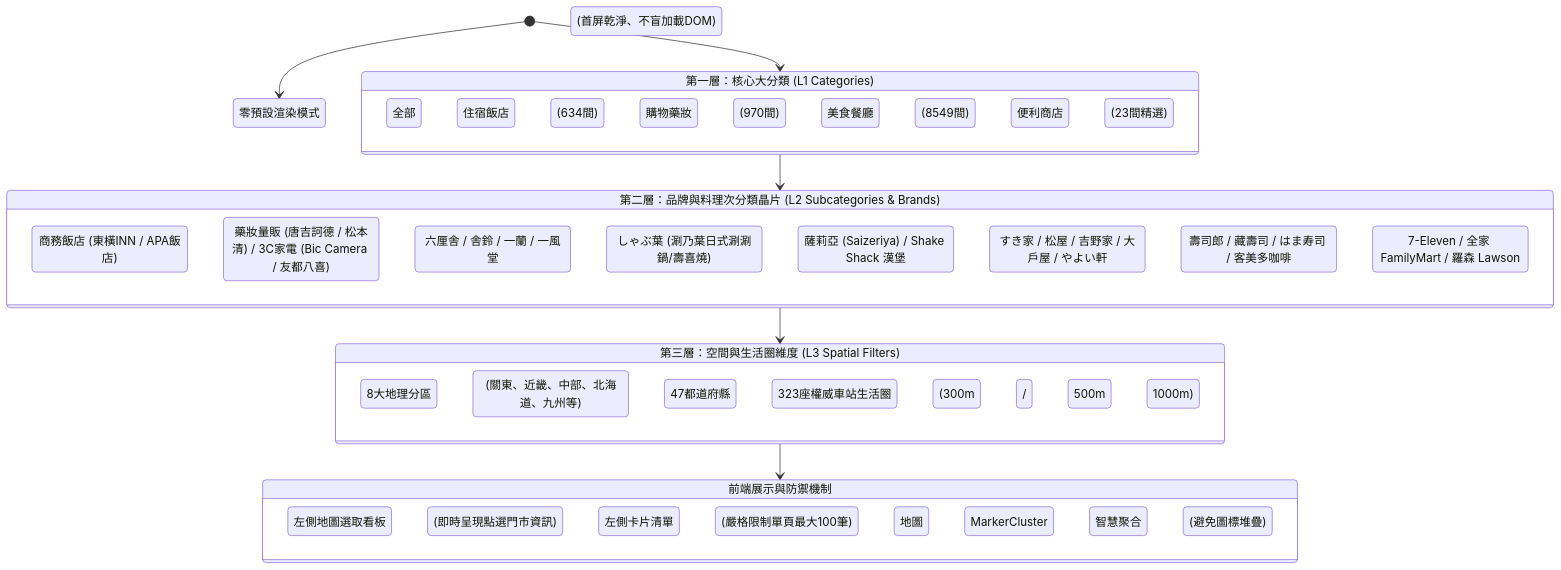
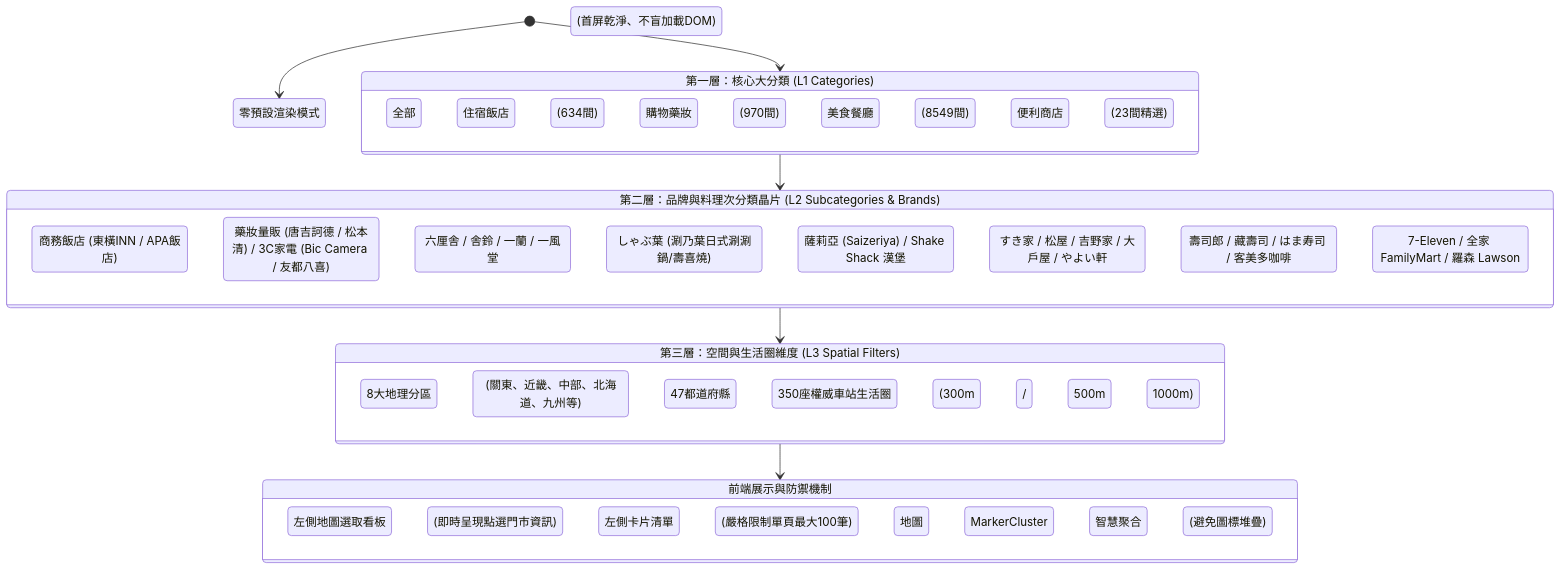
Before and after one commit to imhahac/japan-travel-map-guide: the second of 3 diagrams in docs/ARCHITECTURE.md, drawn with Mermaid. The commit also changed other lines of this file and 15 other files, not shown here.

````diff
--- a/docs/ARCHITECTURE.md
+++ b/docs/ARCHITECTURE.md
@@ -92,40 +92,40 @@
 ```mermaid
 stateDiagram-v2
     [*] --> 零預設渲染模式 (首屏乾淨、不盲加載DOM)
 
     state "第一層：核心大分類 (L1 Categories)" as L1 {
         全部
         住宿飯店 (634間)
         購物藥妝 (970間)
         美食餐廳 (8549間)
         便利商店 (23間精選)
     }
 
     state "第二層：品牌與料理次分類晶片 (L2 Subcategories & Brands)" as L2 {
         住宿: 商務飯店 (東橫INN / APA飯店)
         購物: 藥妝量販 (唐吉訶德 / 松本清) / 3C家電 (Bic Camera / 友都八喜)
         拉麵: 六厘舎 / 舎鈴 / 一蘭 / 一風堂
         鍋物: しゃぶ葉 (涮乃葉日式涮涮鍋/壽喜燒)
         洋食家庭: 薩莉亞 (Saizeriya) / Shake Shack 漢堡
         牛丼定食: すき家 / 松屋 / 吉野家 / 大戶屋 / やよい軒
         壽司咖啡: 壽司郎 / 藏壽司 / はま寿司 / 客美多咖啡
         超商: 7-Eleven / 全家 FamilyMart / 羅森 Lawson
     }
 
     state "第三層：空間與生活圈維度 (L3 Spatial Filters)" as L3 {
         8大地理分區 (關東、近畿、中部、北海道、九州等)
         47都道府縣
-        323座權威車站生活圈 (300m / 500m / 1000m)
+        350座權威車站生活圈 (300m / 500m / 1000m)
     }
 
     state "前端展示與防禦機制" as Output {
         左側地圖選取看板 (即時呈現點選門市資訊)
         左側卡片清單 (嚴格限制單頁最大100筆)
         地圖 MarkerCluster 智慧聚合 (避免圖標堆疊)
     }
 
     [*] --> L1
     L1 --> L2
     L2 --> L3
     L3 --> Output
 ```
````
